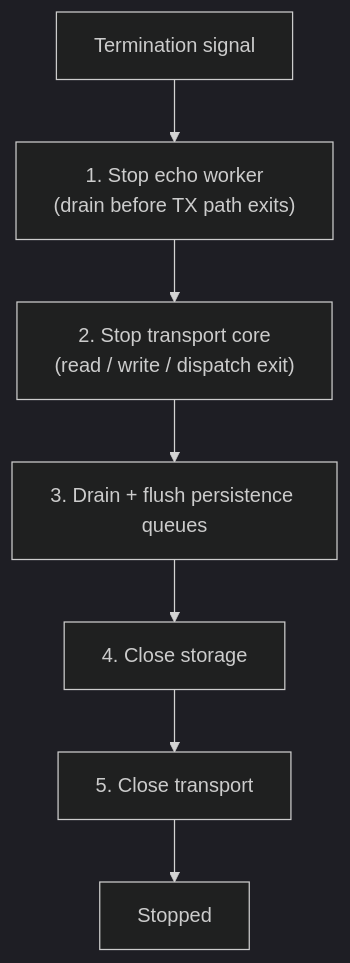
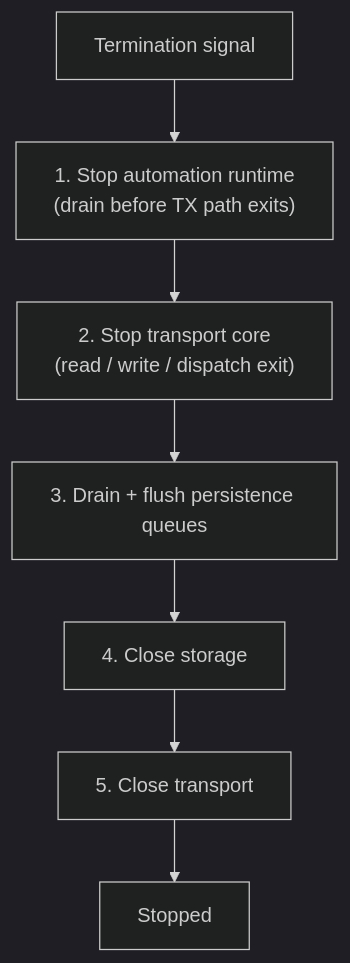
One commit to MauriceKremer/kam changed diagram 15 of 17 in docs/DESIGN.md. Above: the diagram before and after it, drawn with Mermaid (dark theme). The commit also changed other lines of this file and 80 other files, not shown here.

````diff
--- a/docs/DESIGN.md
+++ b/docs/DESIGN.md
@@ -499,9 +512,9 @@
 ```mermaid
 flowchart TD
-    Sig["Termination signal"] --> EchoStop["1. Stop echo worker<br/>(drain before TX path exits)"]
-    EchoStop --> StopLoops["2. Stop transport core<br/>(read / write / dispatch exit)"]
+    Sig["Termination signal"] --> AutoStop["1. Stop automation runtime<br/>(drain before TX path exits)"]
+    AutoStop --> StopLoops["2. Stop transport core<br/>(read / write / dispatch exit)"]
     StopLoops --> Drain["3. Drain + flush persistence queues"]
     Drain --> CloseDB["4. Close storage"]
     CloseDB --> CloseTransport["5. Close transport"]
     CloseTransport --> Done["Stopped"]
 ```
````
